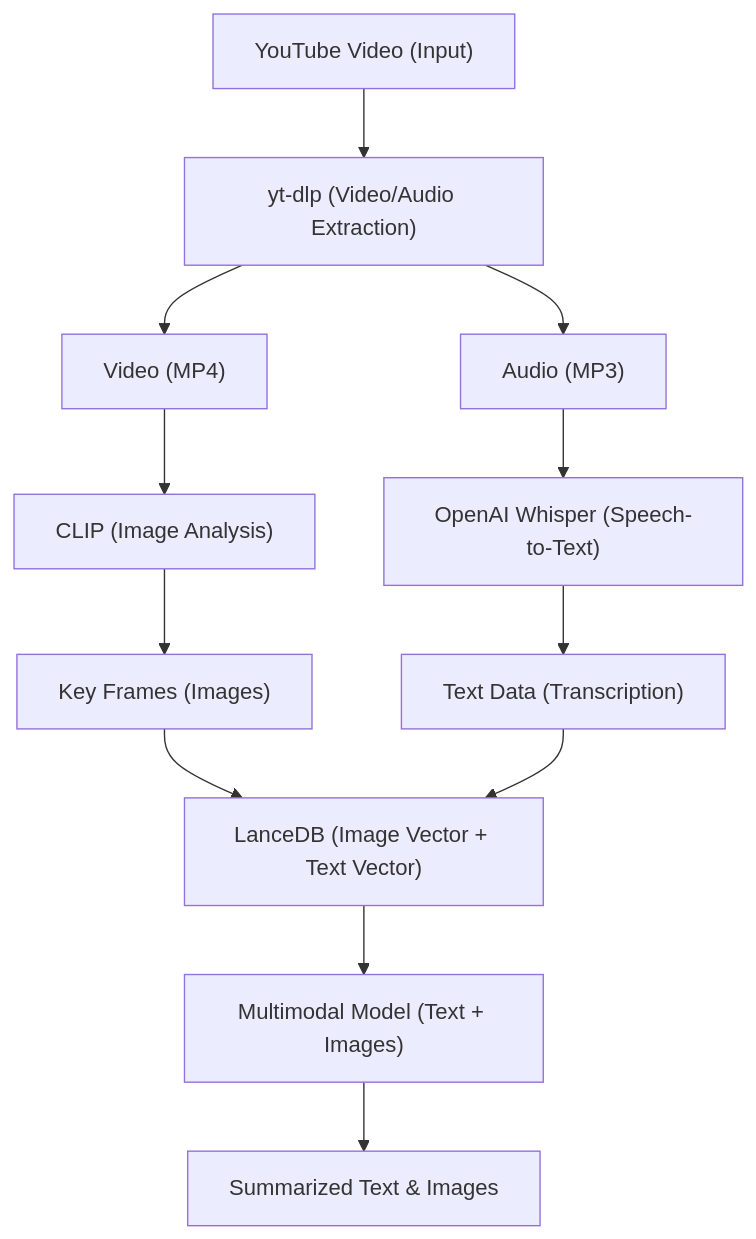
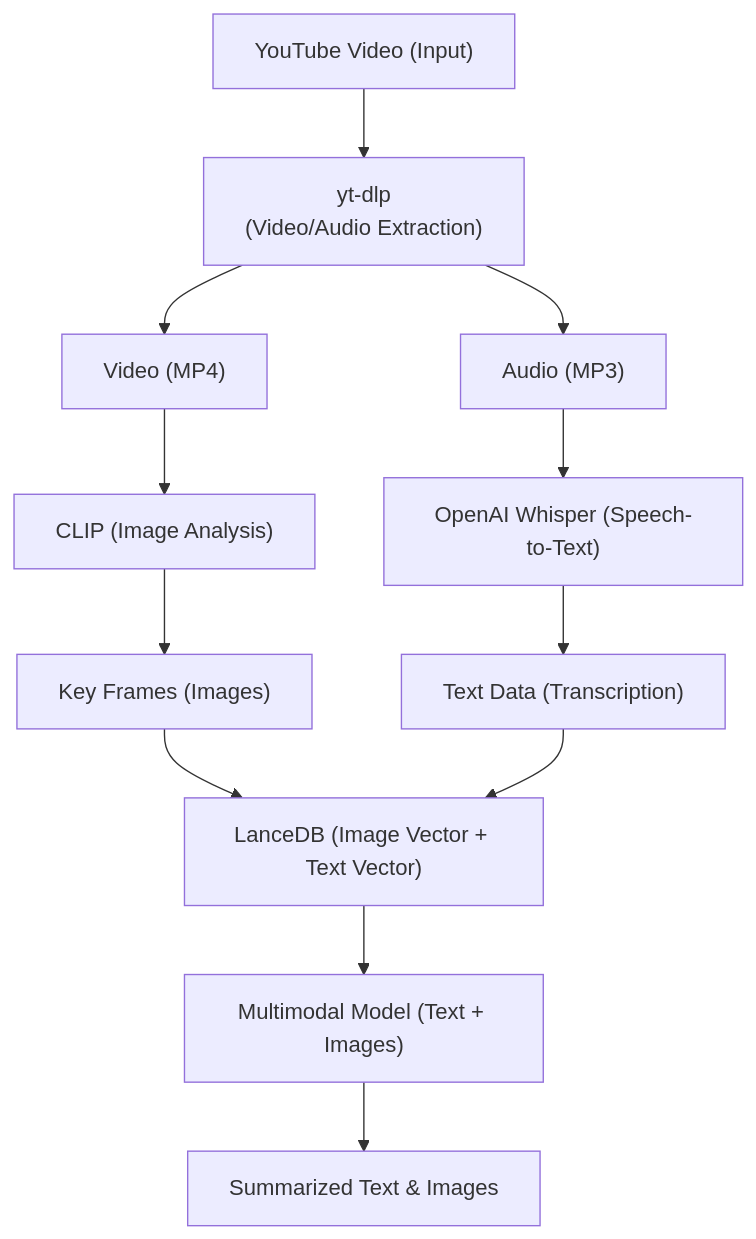
One commit to naveenkrishnan840/Youtube-Video-Summarization changed the diagram in README.md. Above: the diagram before and after it, drawn with Mermaid.

````diff
--- a/README.md
+++ b/README.md
@@ -79,15 +79,15 @@
 ```mermaid
 graph TD
     %% Graph structure
-	A["YouTube Video (Input)"] --> B["yt-dlp (Video/Audio Extraction)"];
+	A["YouTube Video (Input)"] --> B["yt-dlp <br> (Video/Audio Extraction)"];
     	B --> C["Audio (MP3)"];
     	B --> D["Video (MP4)"];
     	C --> E["OpenAI Whisper (Speech-to-Text)"];
     	D --> F["CLIP (Image Analysis)"];
     	E --> G["Text Data (Transcription)"];
     	F --> H["Key Frames (Images)"];
     	H --> J["LanceDB (Image Vector + Text Vector)"];
 	G --> J;
     	J --> K["Multimodal Model (Text + Images)"];
     	K --> L["Summarized Text & Images"];
 ```
````
